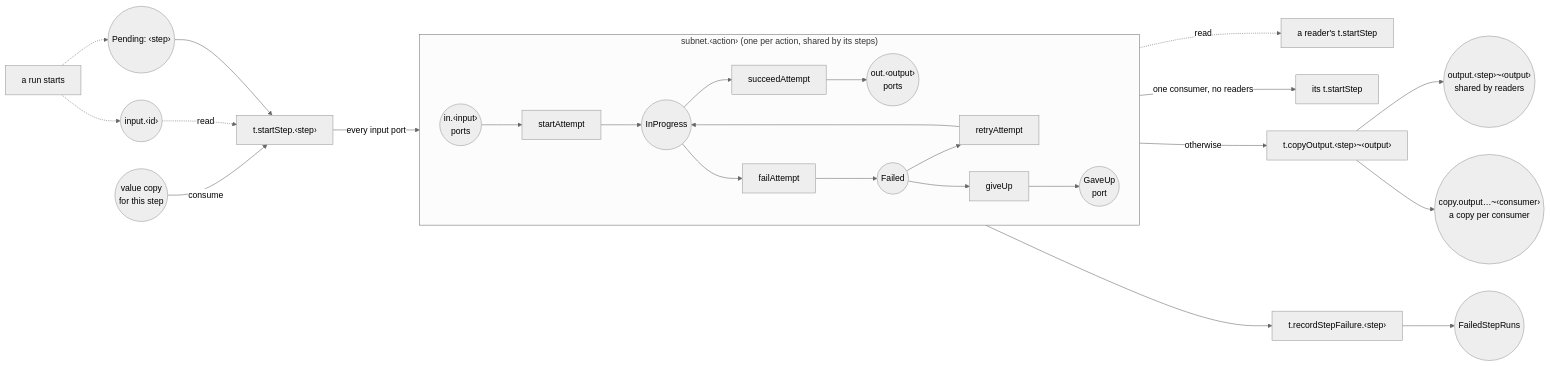
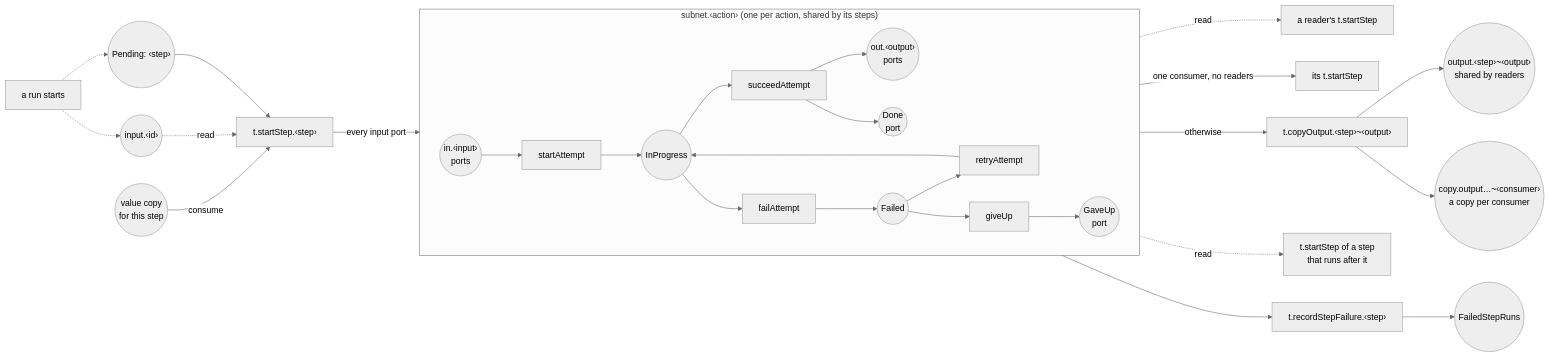
The second of 3 diagrams in libs/@local/flow-petri-net/README.md (hashintel/hash), drawn with Mermaid (neutral theme) before and after one commit. The commit also changed other lines of this file and 10 other files, not shown here.

First line of the commit message:
Read an action's Done port for runAfter

````diff
--- a/libs/@local/flow-petri-net/README.md
+++ b/libs/@local/flow-petri-net/README.md
@@ -66,32 +66,34 @@
 ```mermaid
 flowchart LR
   runStart["a run starts"] -.-> inputPlace(("input.‹id›"))
   runStart -.-> pending(("Pending: ‹step›"))
 
   pending --> startStep["t.startStep.‹step›"]
   inputPlace -. read .-> startStep
   upstreamCopy(("value copy<br/>for this step")) -- consume --> startStep
 
   subgraph subnet ["subnet.‹action› (one per action, shared by its steps)"]
     direction LR
     inPorts(("in.‹input›<br/>ports")) --> startAttempt["startAttempt"]
     startAttempt --> inProgress(("InProgress"))
     inProgress --> succeedAttempt["succeedAttempt"]
     succeedAttempt --> outPorts(("out.‹output›<br/>ports"))
+    succeedAttempt --> done(("Done<br/>port"))
     inProgress --> failAttempt["failAttempt"]
     failAttempt --> failed(("Failed"))
     failed --> retryAttempt["retryAttempt"]
     retryAttempt --> inProgress
     failed --> giveUp["giveUp"]
     giveUp --> gaveUp(("GaveUp<br/>port"))
   end
 
   startStep -- every input port --> inPorts
   outPorts -. read .-> reader["a reader's t.startStep"]
   outPorts -- "one consumer, no readers" --> consumer["its t.startStep"]
   outPorts -- "otherwise" --> copy["t.copyOutput.‹step›~‹output›"]
   copy --> shared(("output.‹step›~‹output›<br/>shared by readers"))
   copy --> copies(("copy.output…~‹consumer›<br/>a copy per consumer"))
+  done -. read .-> follower["t.startStep of a step<br/>that runs after it"]
   gaveUp --> recordStepFailure["t.recordStepFailure.‹step›"]
   recordStepFailure --> failedStepRuns(("FailedStepRuns"))
 ```
````
